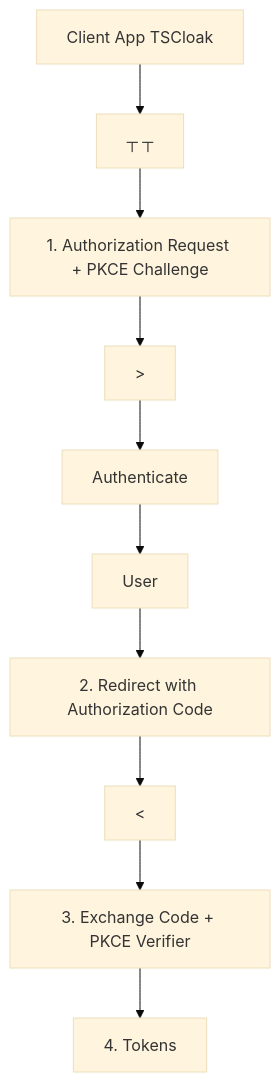
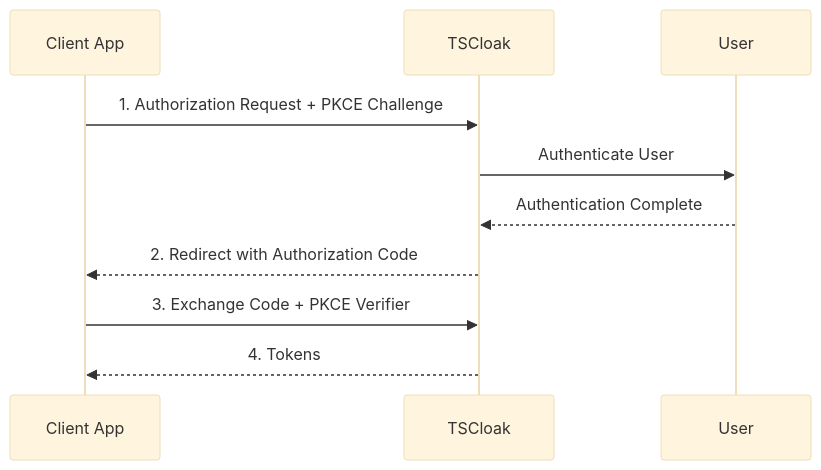
One commit to TechSivaram/tscloak changed the eighth of 18 diagrams in README.md. Above: the diagram before and after it, drawn with Mermaid (base theme). The commit also changed other lines of this file, not shown here.

Commit message:
TSCloak → nest-oidc-provider → oidc-provider

````diff
--- a/README.md
+++ b/README.md
@@ -346,13 +360,13 @@
 ```mermaid
-flowchart TD
-    N0["Client App                                         TSCloak"] --> N1
-    N1["┬                                  ┬"] --> N2
-    N2["1. Authorization Request + PKCE Challenge"] --> N3
-    N3[">"] --> N4
-    N4["Authenticate"] --> N5
-    N5["User"] --> N6
-    N6["2. Redirect with Authorization Code"] --> N7
-    N7["<"] --> N8
-    N8["3. Exchange Code + PKCE Verifier"] --> N9
-    N9["4. Tokens"]
+sequenceDiagram
+    participant C as Client App
+    participant T as TSCloak
+    participant U as User
+
+    C->>T: 1. Authorization Request + PKCE Challenge
+    T->>U: Authenticate User
+    U-->>T: Authentication Complete
+    T-->>C: 2. Redirect with Authorization Code
+    C->>T: 3. Exchange Code + PKCE Verifier
+    T-->>C: 4. Tokens
 ```
````
